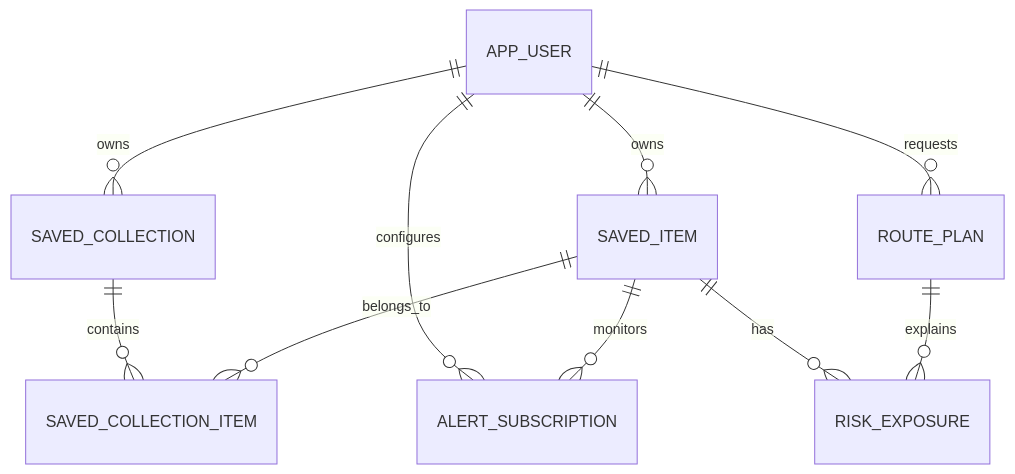
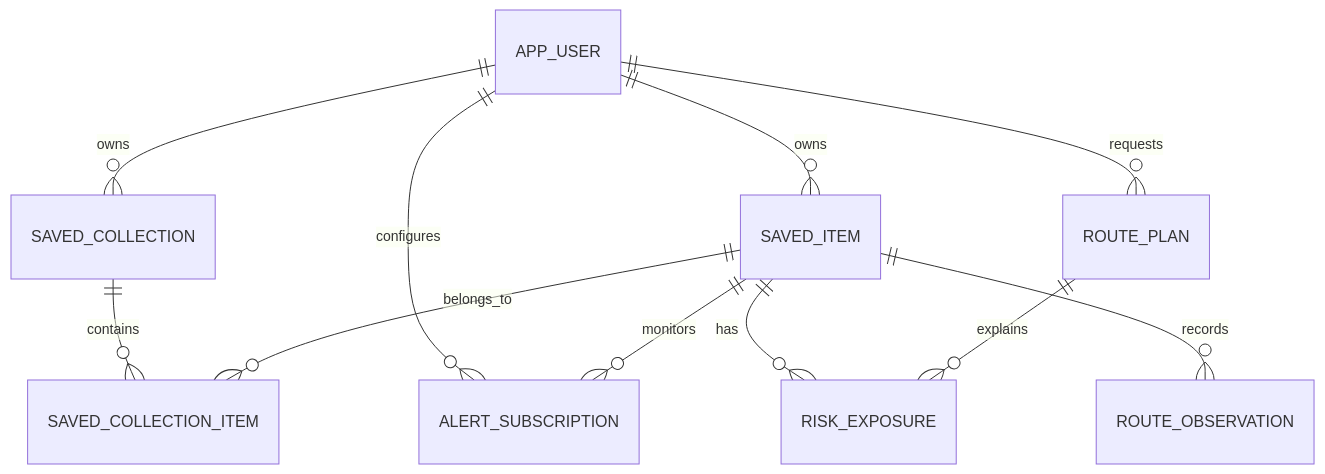
Before and after one commit to signalgap9-del/peachtree-dispatch: the diagram in docs/relational-data-model.md, drawn with Mermaid. The commit also changed other lines of this file and 16 other files, not shown here.

Commit message:
feat(platform): record saved route observations

````diff
--- a/docs/relational-data-model.md
+++ b/docs/relational-data-model.md
@@ -21,12 +22,13 @@
 ```mermaid
 erDiagram
     APP_USER ||--o{ SAVED_ITEM : owns
     APP_USER ||--o{ SAVED_COLLECTION : owns
     APP_USER ||--o{ ALERT_SUBSCRIPTION : configures
     APP_USER ||--o{ ROUTE_PLAN : requests
     SAVED_COLLECTION ||--o{ SAVED_COLLECTION_ITEM : contains
     SAVED_ITEM ||--o{ SAVED_COLLECTION_ITEM : belongs_to
     SAVED_ITEM ||--o{ ALERT_SUBSCRIPTION : monitors
     SAVED_ITEM ||--o{ RISK_EXPOSURE : has
+    SAVED_ITEM ||--o{ ROUTE_OBSERVATION : records
     ROUTE_PLAN ||--o{ RISK_EXPOSURE : explains
 ```
````
